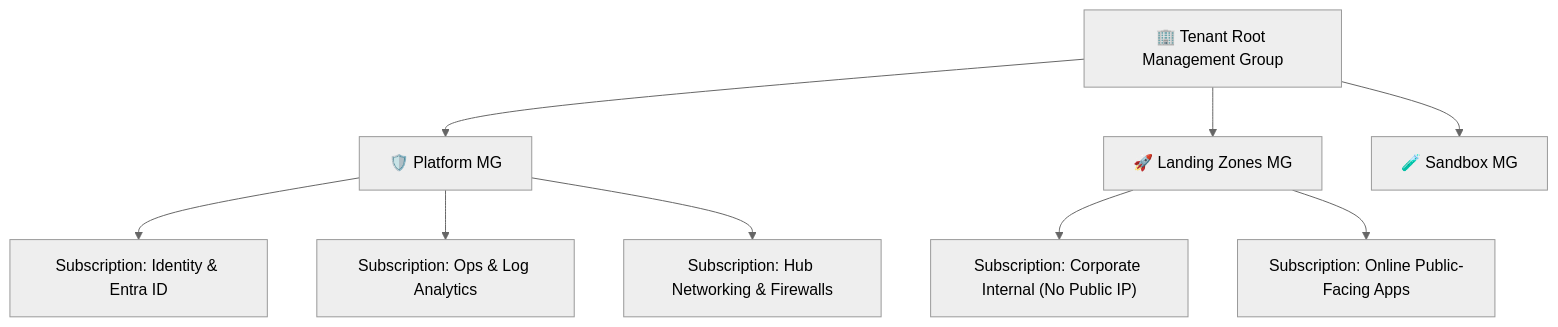
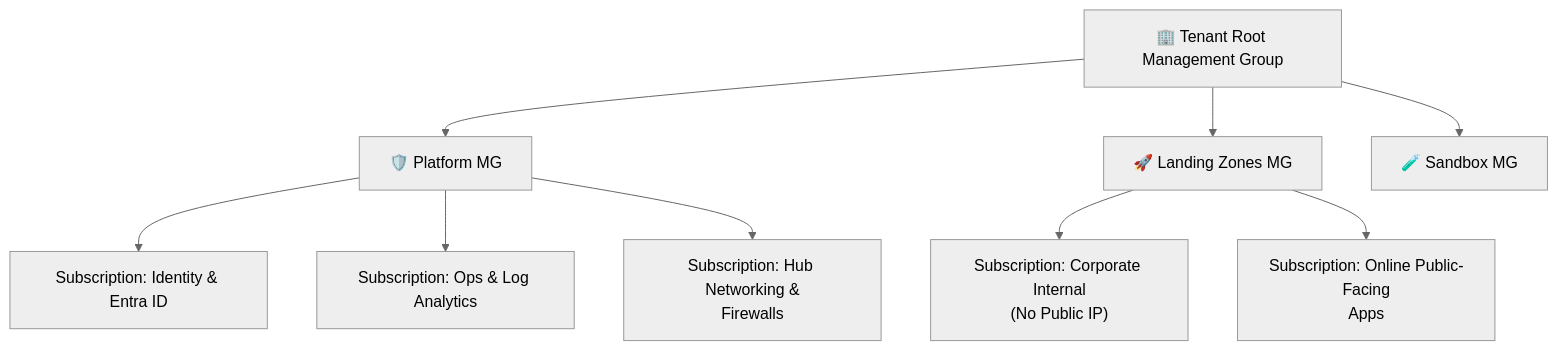
Before and after one commit to santoshjammi29/azure-cheat-sheet: the first of 2 diagrams in architectures/enterprise-landing-zone-hub-spoke.md, drawn with Mermaid (neutral theme). The commit also changed other lines of this file and 15 other files, not shown here.

Commit message:
fix(diagrams): word-wrap labels and escape comparison operators across all diagrams

````diff
--- a/architectures/enterprise-landing-zone-hub-spoke.md
+++ b/architectures/enterprise-landing-zone-hub-spoke.md
@@ -27,13 +27,13 @@
 ```mermaid
 flowchart TD
     Root["🏢 Tenant Root Management Group"] --> Platform["🛡️ Platform MG"]
     Root --> LandingZones["🚀 Landing Zones MG"]
     Root --> Sandbox["🧪 Sandbox MG"]
 
     Platform --> Identity["Subscription: Identity & Entra ID"]
     Platform --> Management["Subscription: Ops & Log Analytics"]
-    Platform --> Connectivity["Subscription: Hub Networking & Firewalls"]
+    Platform --> Connectivity["Subscription: Hub Networking &<br/>Firewalls"]
 
-    LandingZones --> Corp["Subscription: Corporate Internal (No Public IP)"]
-    LandingZones --> Online["Subscription: Online Public-Facing Apps"]
+    LandingZones --> Corp["Subscription: Corporate Internal<br/>(No Public IP)"]
+    LandingZones --> Online["Subscription: Online Public-Facing<br/>Apps"]
 ```
````
